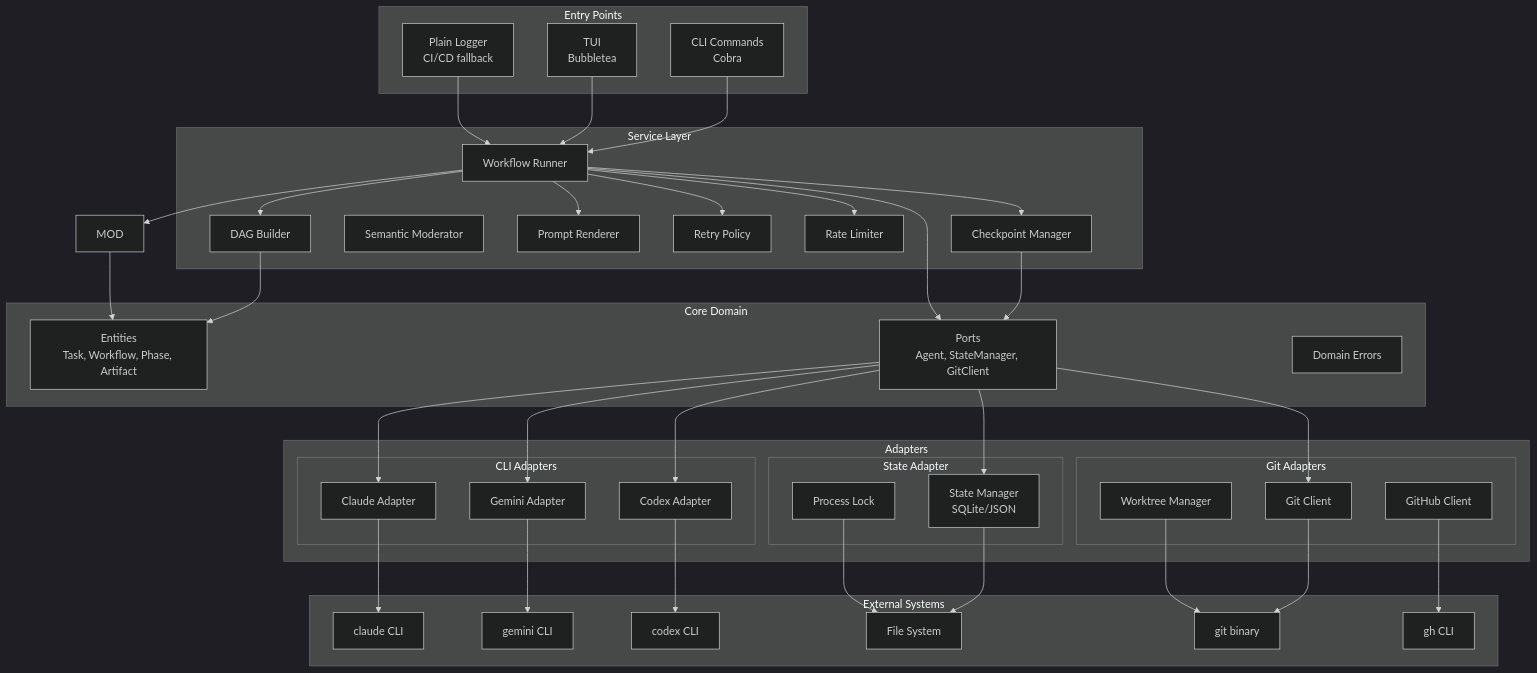
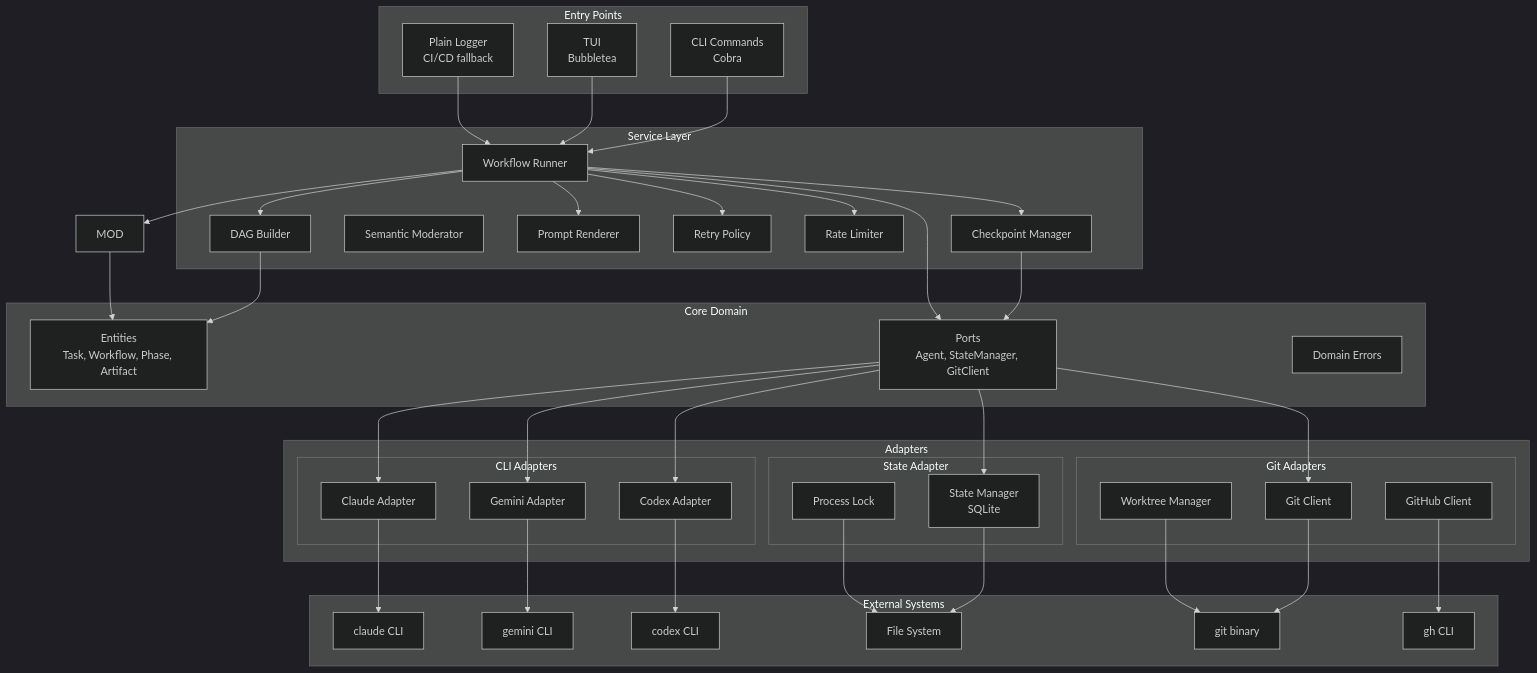
Before and after one commit to hugo-lorenzo-mato/quorum-ai: the diagram in docs/ARCHITECTURE.md, drawn with Mermaid (dark theme). The commit also changed other lines of this file and 60 other files, not shown here.

````diff
--- a/docs/ARCHITECTURE.md
+++ b/docs/ARCHITECTURE.md
@@ -16,81 +16,81 @@
 ```mermaid
 graph TB
     subgraph "Entry Points"
         CLI[CLI Commands<br/>Cobra]
         TUI[TUI<br/>Bubbletea]
         PLAIN[Plain Logger<br/>CI/CD fallback]
     end
 
     subgraph "Service Layer"
         WF[Workflow Runner]
         DAG[DAG Builder]
         ARB[Semantic Moderator]
         PROMPT[Prompt Renderer]
         RETRY[Retry Policy]
         RATE[Rate Limiter]
         CKPT[Checkpoint Manager]
     end
 
     subgraph "Core Domain"
         ENTITIES[Entities<br/>Task, Workflow, Phase, Artifact]
         PORTS[Ports<br/>Agent, StateManager, GitClient]
         ERRORS[Domain Errors]
     end
 
     subgraph "Adapters"
         subgraph "CLI Adapters"
             CLAUDE[Claude Adapter]
             GEMINI[Gemini Adapter]
             CODEX[Codex Adapter]
         end
         subgraph "State Adapter"
-            STATE[State Manager<br/>SQLite/JSON]
+            STATE[State Manager<br/>SQLite]
             LOCK[Process Lock]
         end
         subgraph "Git Adapters"
             GIT[Git Client]
             WT[Worktree Manager]
             GH[GitHub Client]
         end
     end
 
     subgraph "External Systems"
         CLAUDE_CLI[claude CLI]
         GEMINI_CLI[gemini CLI]
         CODEX_CLI[codex CLI]
         FS[File System]
         GIT_BIN[git binary]
         GH_BIN[gh CLI]
     end
 
     CLI --> WF
     TUI --> WF
     PLAIN --> WF
 
     WF --> DAG
     WF --> MOD
     WF --> PROMPT
     WF --> RETRY
     WF --> RATE
     WF --> CKPT
 
     DAG --> ENTITIES
     MOD --> ENTITIES
     CKPT --> PORTS
 
     WF --> PORTS
     PORTS --> CLAUDE
     PORTS --> GEMINI
     PORTS --> CODEX
     PORTS --> STATE
     PORTS --> GIT
 
     CLAUDE --> CLAUDE_CLI
     GEMINI --> GEMINI_CLI
     CODEX --> CODEX_CLI
     STATE --> FS
     LOCK --> FS
     GIT --> GIT_BIN
     WT --> GIT_BIN
     GH --> GH_BIN
 ```
````
